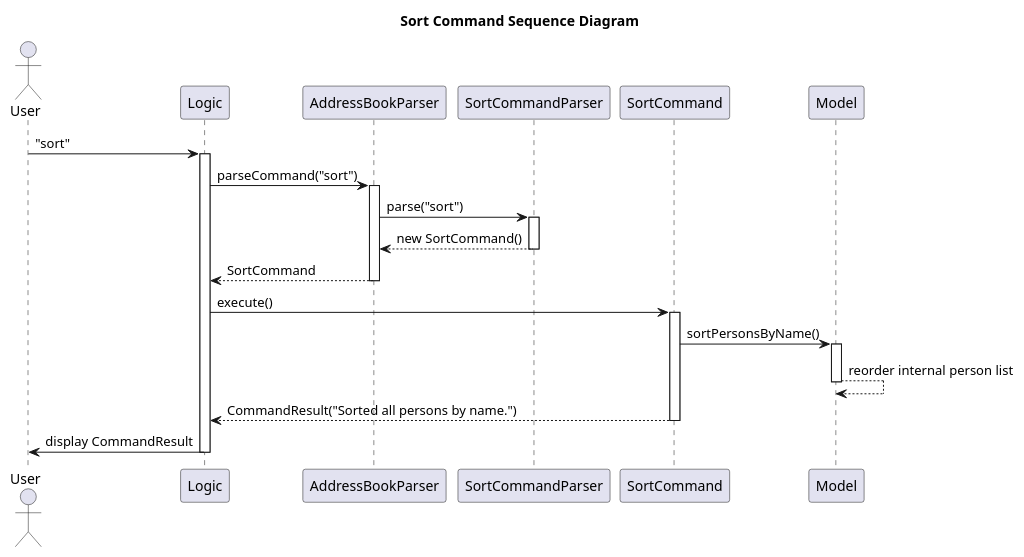
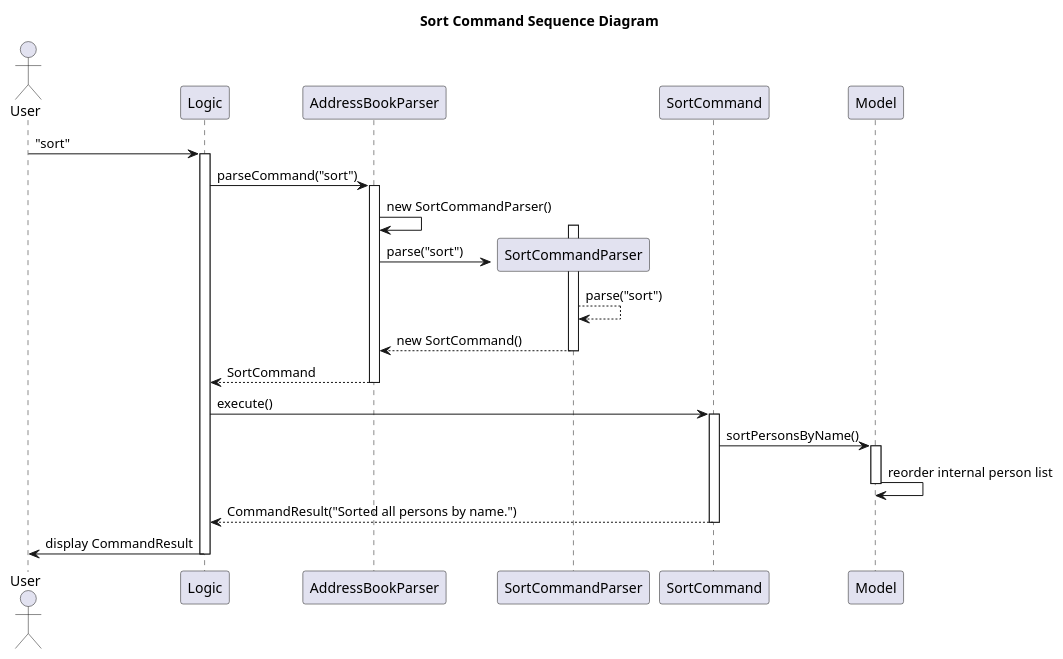
One commit to boinkkitty/tp changed the diagram in docs/diagrams/SortCommandSequence.puml. Above: the diagram before and after it, drawn with PlantUML.

Commit message:
Fix SortCommand PUML

```diff
--- a/docs/diagrams/SortCommandSequence.puml
+++ b/docs/diagrams/SortCommandSequence.puml
@@ -1,35 +1,40 @@
 @startuml
 
 title "Sort Command Sequence Diagram"
 
 actor User
 
-User -> Logic : "sort"
+User -> Logic: "sort"
 activate Logic
 
-Logic -> AddressBookParser : parseCommand("sort")
+Logic -> AddressBookParser: parseCommand("sort")
 activate AddressBookParser
 
-AddressBookParser -> SortCommandParser : parse("sort")
+' AddressBookParser creates a new SortCommandParser
+AddressBookParser -> AddressBookParser: new SortCommandParser()
+create SortCommandParser
 activate SortCommandParser
-SortCommandParser --> AddressBookParser : new SortCommand()
+
+AddressBookParser -> SortCommandParser: parse("sort")
+SortCommandParser--> SortCommandParser: parse("sort")
+SortCommandParser --> AddressBookParser: new SortCommand()
 deactivate SortCommandParser
 
-AddressBookParser --> Logic : SortCommand
+AddressBookParser --> Logic: SortCommand
 deactivate AddressBookParser
 
-Logic -> SortCommand : execute()
+Logic -> SortCommand: execute()
 activate SortCommand
 
-SortCommand -> Model : sortPersonsByName()
+SortCommand -> Model: sortPersonsByName()
 activate Model
-Model --> Model : reorder internal person list
+Model -> Model: reorder internal person list
 deactivate Model
 
-SortCommand --> Logic : CommandResult("Sorted all persons by name.")
+SortCommand --> Logic: CommandResult("Sorted all persons by name.")
 deactivate SortCommand
 
-Logic -> User : display CommandResult
+Logic -> User: display CommandResult
 deactivate Logic
 
 @enduml
```
